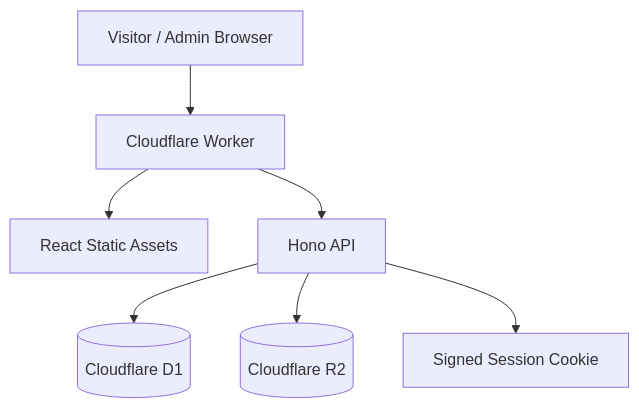
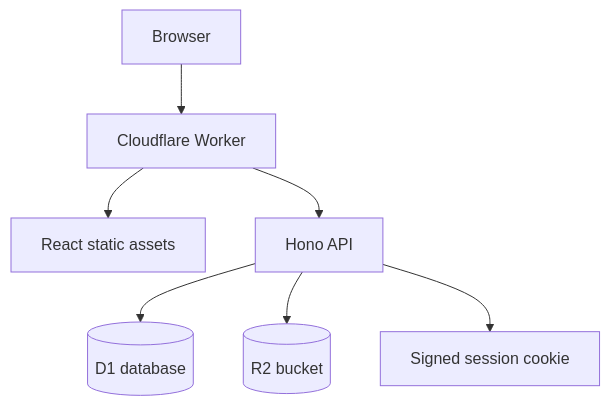
Before and after one commit to subratomandal/dyeink: the diagram in README.md, drawn with Mermaid. The commit also changed other lines of this file and 1 other file, not shown here.

````diff
--- a/README.md
+++ b/README.md
@@ -41,9 +30,9 @@
 ```mermaid
 graph TD
-    A[Visitor / Admin Browser] --> B[Cloudflare Worker]
-    B --> C[React Static Assets]
+    A[Browser] --> B[Cloudflare Worker]
+    B --> C[React static assets]
     B --> D[Hono API]
-    D --> E[(Cloudflare D1)]
-    D --> F[(Cloudflare R2)]
-    D --> G[Signed Session Cookie]
+    D --> E[(D1 database)]
+    D --> F[(R2 bucket)]
+    D --> G[Signed session cookie]
 ```
````
